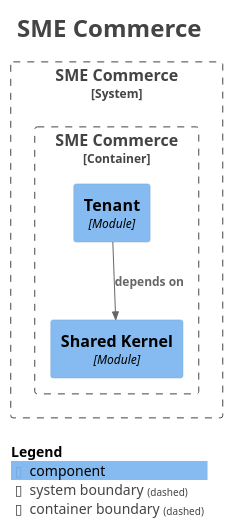
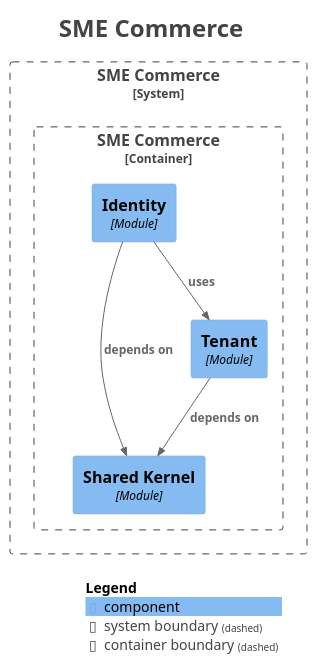
One commit to hezronokwach/sme-commerce-platform changed the diagram in docs/modules/components.puml. Above: the diagram before and after it, drawn with PlantUML. The commit also changed 12 other files, not shown here.

```diff
--- a/docs/modules/components.puml
+++ b/docs/modules/components.puml
@@ -1,30 +1,33 @@
 @startuml
 title <size:24>SME Commerce</size>
 
 set separator none
 top to bottom direction
 
 <style>
   root {
     BackgroundColor: #ffffff
     FontColor: #444444
   }
 </style>
 
 !include <C4/C4>
 !include <C4/C4_Context>
 !include <C4/C4_Component>
 
 System_Boundary("SMECommerce_boundary", "SME Commerce", $tags="") {
   Container_Boundary("SMECommerce.SMECommerce_boundary", "SME Commerce", $tags="") {
     Component(SMECommerce.SMECommerce.SharedKernel, "Shared Kernel", $techn="Module", $descr="", $tags="", $link="")
     Component(SMECommerce.SMECommerce.Tenant, "Tenant", $techn="Module", $descr="", $tags="", $link="")
+    Component(SMECommerce.SMECommerce.Identity, "Identity", $techn="Module", $descr="", $tags="", $link="")
   }
 
 }
 
 Rel(SMECommerce.SMECommerce.Tenant, SMECommerce.SMECommerce.SharedKernel, "depends on", $techn="", $tags="", $link="")
+Rel(SMECommerce.SMECommerce.Identity, SMECommerce.SMECommerce.SharedKernel, "depends on", $techn="", $tags="", $link="")
+Rel(SMECommerce.SMECommerce.Identity, SMECommerce.SMECommerce.Tenant, "uses", $techn="", $tags="", $link="")
 
 SHOW_LEGEND(true)
 hide stereotypes
 @enduml
```
